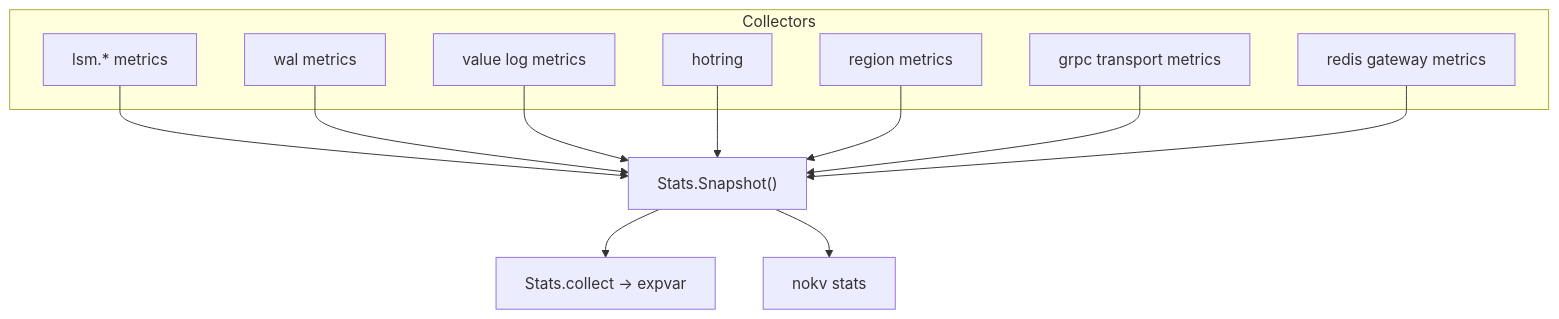
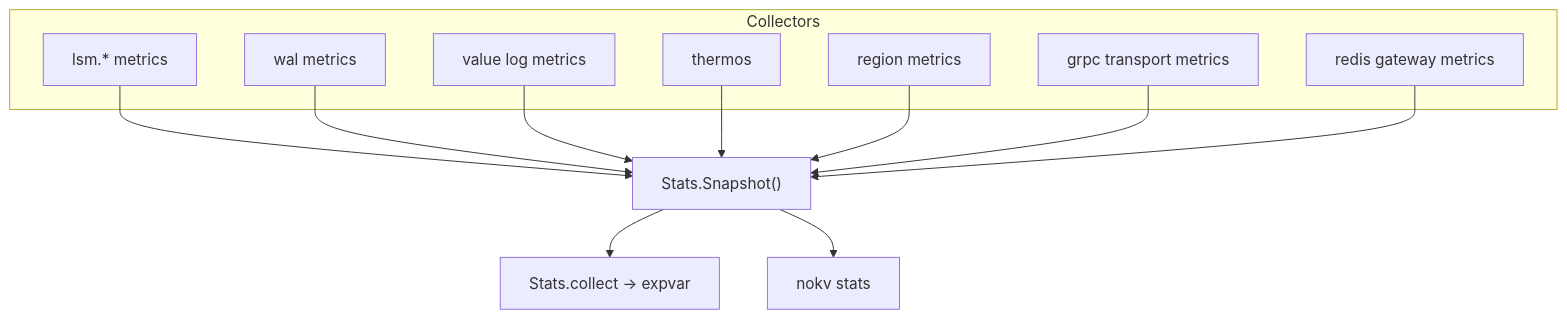
Before and after one commit to feichai0017/NoKV: the diagram in docs/stats.md, drawn with Mermaid. The commit also changed 28 other files, not shown here.

Commit message:
refactor: rename hotring to thermos

````diff
--- a/docs/stats.md
+++ b/docs/stats.md
@@ -15,21 +15,21 @@
 ```mermaid
 flowchart TD
     subgraph COLLECTORS["Collectors"]
         LSM["lsm.* metrics"]
         WAL["wal metrics"]
         VLOG["value log metrics"]
-        HOT["hotring"]
+        HOT["thermos"]
         REGION["region metrics"]
         TRANSPORT["grpc transport metrics"]
         REDIS["redis gateway metrics"]
     end
     LSM --> SNAP["Stats.Snapshot()"]
     WAL --> SNAP
     VLOG --> SNAP
     HOT --> SNAP
     REGION --> SNAP
     TRANSPORT --> SNAP
     REDIS --> SNAP
     SNAP --> EXP["Stats.collect -> expvar"]
     SNAP --> CLI["nokv stats"]
 ```
````
